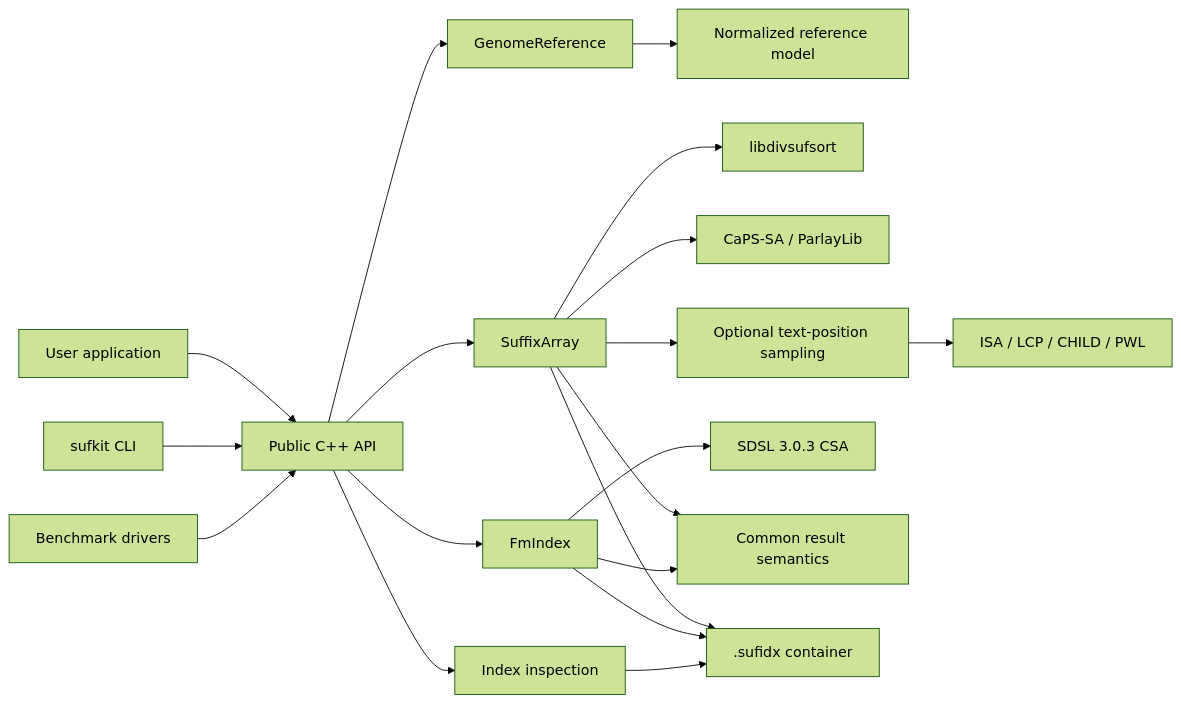
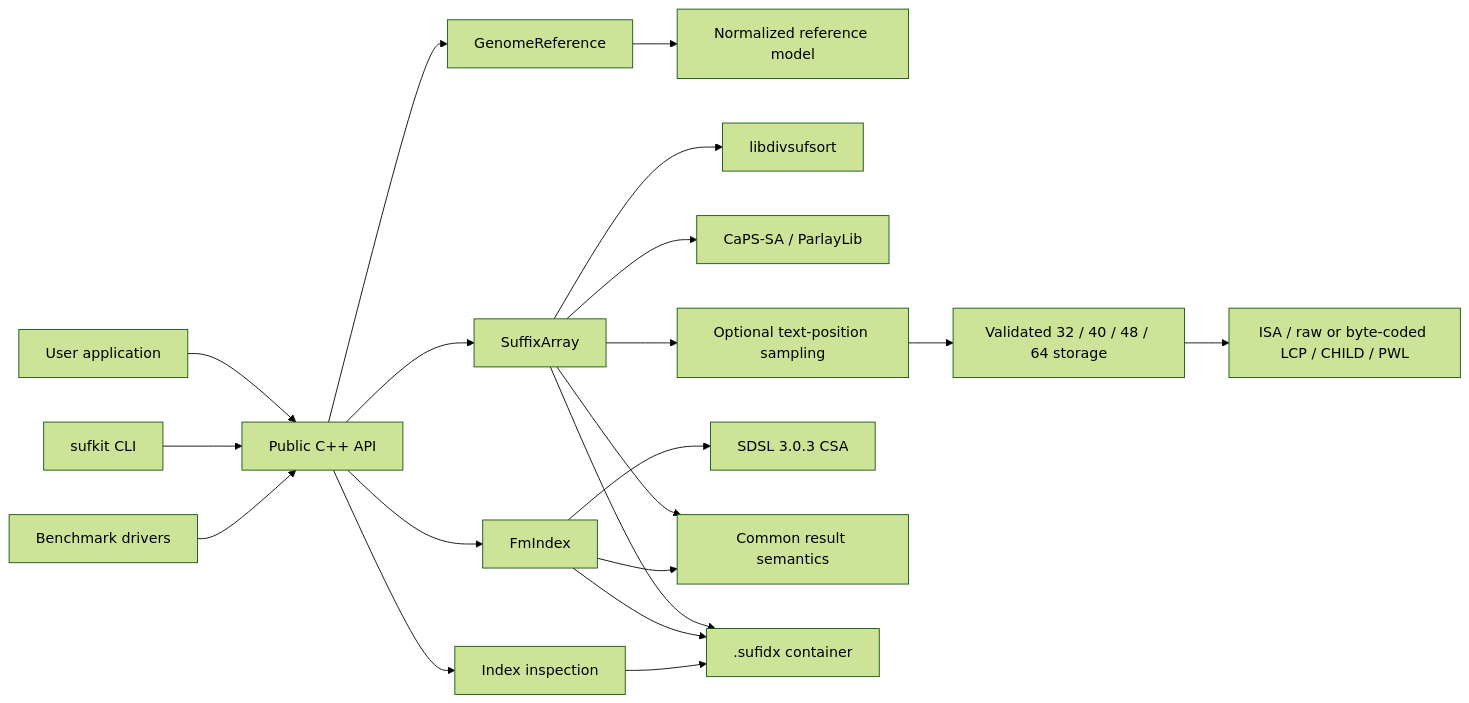
Before and after one commit to malabz/sufkit: the first of 3 diagrams in docs/development/architecture.md, drawn with Mermaid (forest theme). The commit also changed other lines of this file and 74 other files, not shown here.

````diff
--- a/docs/development/architecture.md
+++ b/docs/development/architecture.md
@@ -9,24 +9,25 @@
 ```mermaid
 flowchart LR
     U[User application] --> API[Public C++ API]
     CLI[sufkit CLI] --> API
     BENCH[Benchmark drivers] --> API
 
     API --> REF[GenomeReference]
     API --> SA[SuffixArray]
     API --> FM[FmIndex]
     API --> INSPECT[Index inspection]
 
     REF --> MODEL[Normalized reference model]
     SA --> DIV[libdivsufsort]
     SA --> CAPS[CaPS-SA / ParlayLib]
     SA --> SAMPLE[Optional text-position sampling]
-    SAMPLE --> ESA[ISA / LCP / CHILD / PWL]
+    SAMPLE --> PACK[Validated 32 / 40 / 48 / 64 storage]
+    PACK --> ESA[ISA / raw or byte-coded LCP / CHILD / PWL]
     FM --> SDSL[SDSL 3.0.3 CSA]
 
     SA --> QUERY[Common result semantics]
     FM --> QUERY
     SA --> FORMAT[.sufidx container]
     FM --> FORMAT
     INSPECT --> FORMAT
 ```
````
